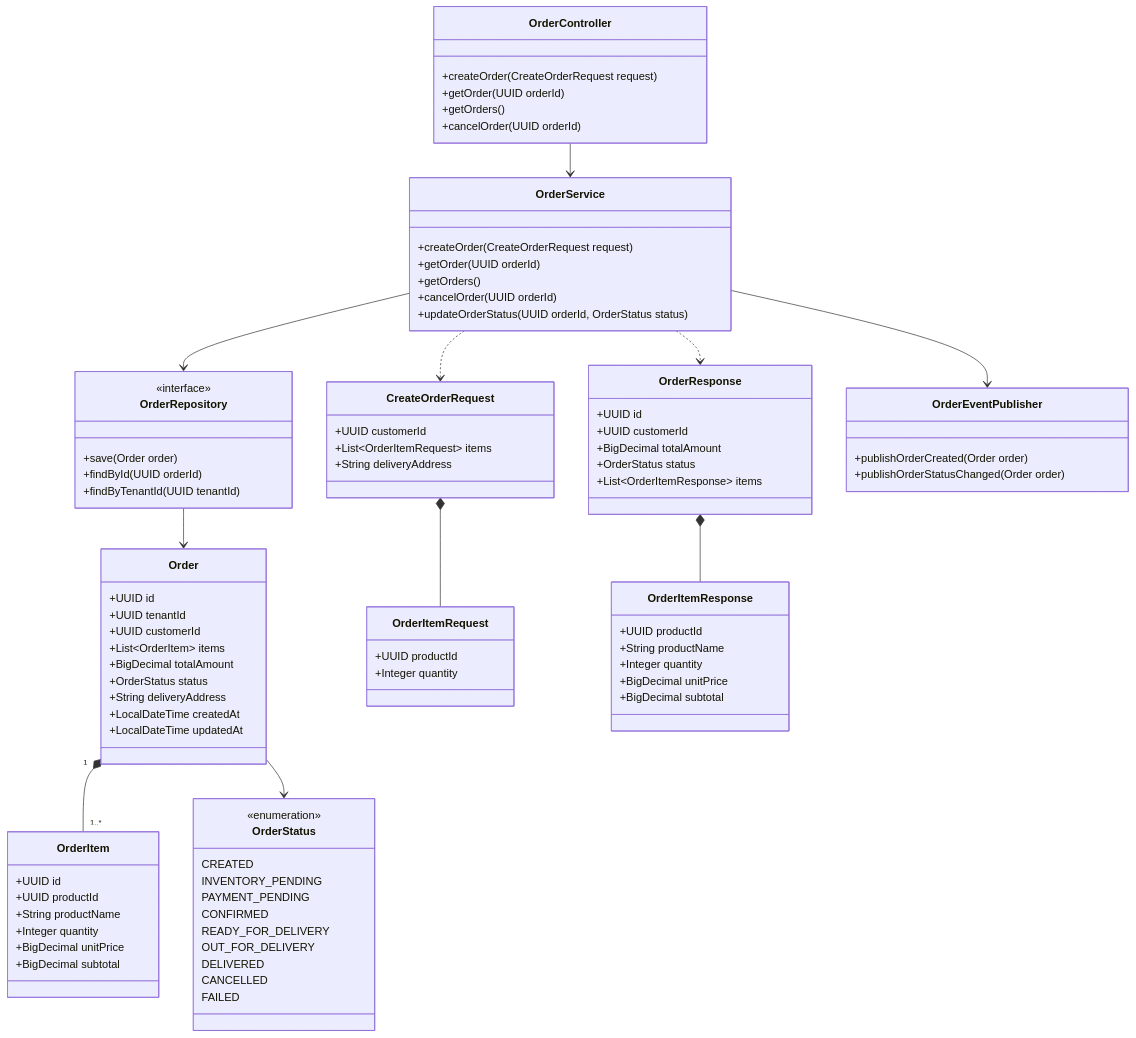
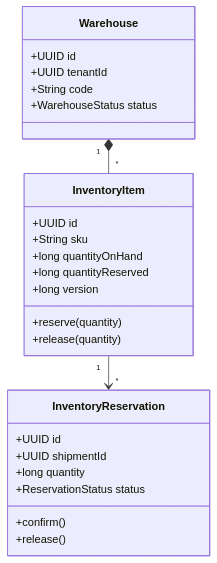
The second of 4 diagrams in docs/03-low-level-design/class-diagrams.md (surajdavid/FleetPulse), drawn with Mermaid before and after one commit. The commit also changed other lines of this file and 16 other files, not shown here.

````diff
--- a/docs/03-low-level-design/class-diagrams.md
+++ b/docs/03-low-level-design/class-diagrams.md
@@ -737,101 +48,28 @@
 ```mermaid
 classDiagram
-    class OrderController {
-        +createOrder(CreateOrderRequest request)
-        +getOrder(UUID orderId)
-        +getOrders()
-        +cancelOrder(UUID orderId)
-    }
-
-    class OrderService {
-        +createOrder(CreateOrderRequest request)
-        +getOrder(UUID orderId)
-        +getOrders()
-        +cancelOrder(UUID orderId)
-        +updateOrderStatus(UUID orderId, OrderStatus status)
-    }
-
-    class OrderRepository {
-        <<interface>>
-        +save(Order order)
-        +findById(UUID orderId)
-        +findByTenantId(UUID tenantId)
-    }
-
-    class Order {
-        +UUID id
-        +UUID tenantId
-        +UUID customerId
-        +List~OrderItem~ items
-        +BigDecimal totalAmount
-        +OrderStatus status
-        +String deliveryAddress
-        +LocalDateTime createdAt
-        +LocalDateTime updatedAt
-    }
-
-    class OrderItem {
-        +UUID id
-        +UUID productId
-        +String productName
-        +Integer quantity
-        +BigDecimal unitPrice
-        +BigDecimal subtotal
-    }
-
-    class CreateOrderRequest {
-        +UUID customerId
-        +List~OrderItemRequest~ items
-        +String deliveryAddress
-    }
-
-    class OrderItemRequest {
-        +UUID productId
-        +Integer quantity
-    }
-
-    class OrderResponse {
-        +UUID id
-        +UUID customerId
-        +BigDecimal totalAmount
-        +OrderStatus status
-        +List~OrderItemResponse~ items
-    }
-
-    class OrderItemResponse {
-        +UUID productId
-        +String productName
-        +Integer quantity
-        +BigDecimal unitPrice
-        +BigDecimal subtotal
-    }
-
-    class OrderStatus {
-        <<enumeration>>
-        CREATED
-        INVENTORY_PENDING
-        PAYMENT_PENDING
-        CONFIRMED
-        READY_FOR_DELIVERY
-        OUT_FOR_DELIVERY
-        DELIVERED
-        CANCELLED
-        FAILED
-    }
-
-    class OrderEventPublisher {
-        +publishOrderCreated(Order order)
-        +publishOrderStatusChanged(Order order)
-    }
-
-    OrderController --> OrderService
-    OrderService --> OrderRepository
-    OrderRepository --> Order
-    Order "1" *-- "1..*" OrderItem
-    Order --> OrderStatus
-    OrderService ..> CreateOrderRequest
-    CreateOrderRequest *-- OrderItemRequest
-    OrderService ..> OrderResponse
-    OrderResponse *-- OrderItemResponse
-    OrderService --> OrderEventPublisher
+  class Warehouse {
+    +UUID id
+    +UUID tenantId
+    +String code
+    +WarehouseStatus status
+  }
+  class InventoryItem {
+    +UUID id
+    +String sku
+    +long quantityOnHand
+    +long quantityReserved
+    +long version
+    +reserve(quantity)
+    +release(quantity)
+  }
+  class InventoryReservation {
+    +UUID id
+    +UUID shipmentId
+    +long quantity
+    +ReservationStatus status
+    +confirm()
+    +release()
+  }
+  Warehouse "1" *-- "*" InventoryItem
+  InventoryItem "1" --> "*" InventoryReservation
 ```
````
